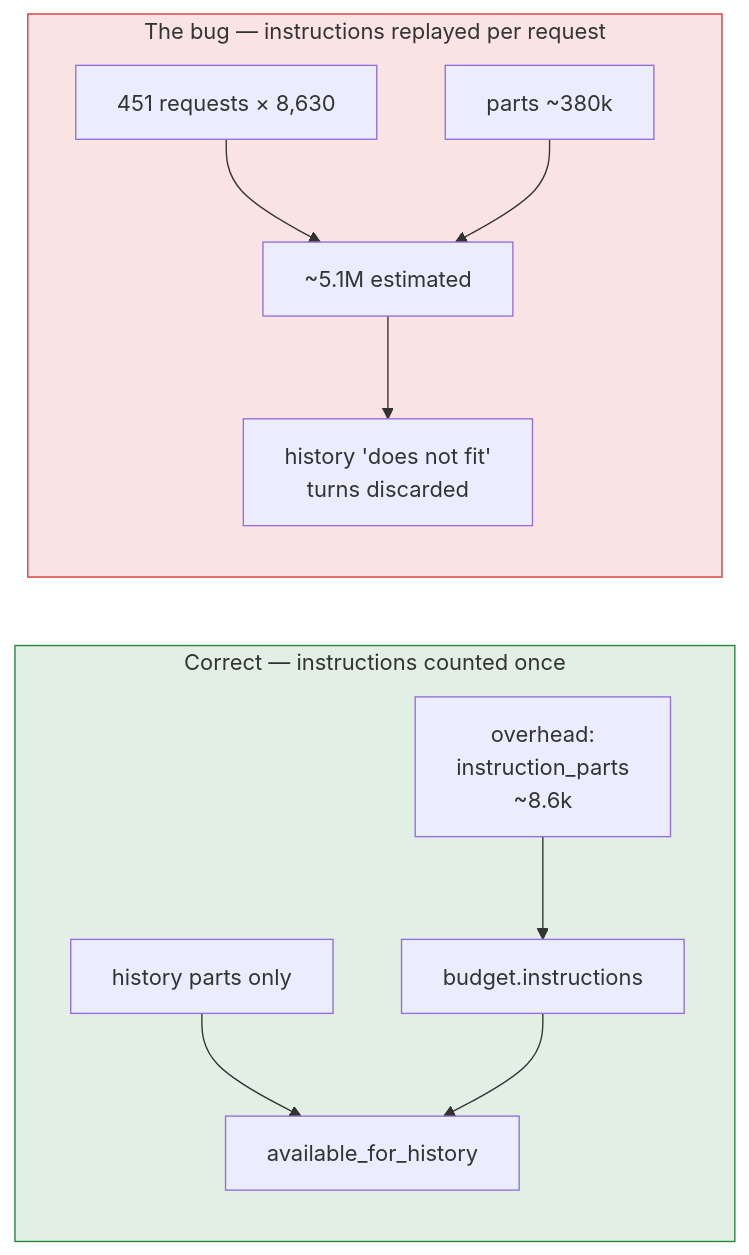
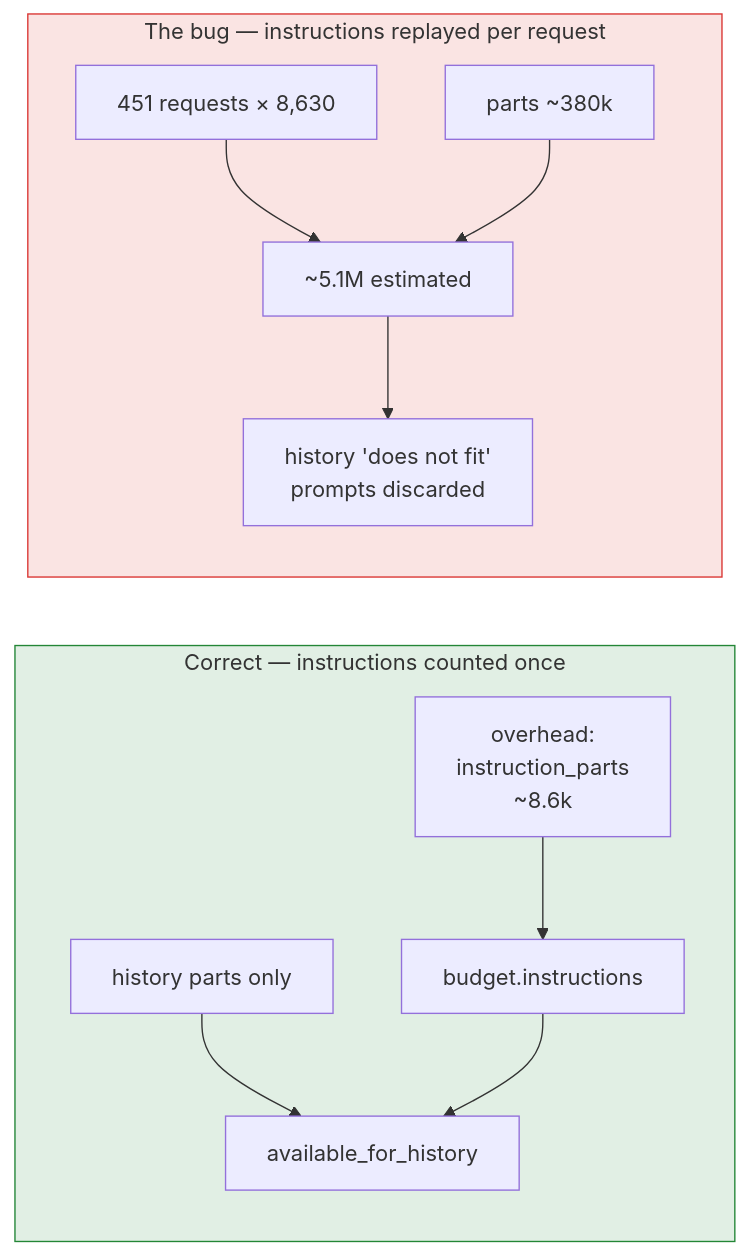
The seventh of 16 diagrams in docs/context.md (GabrielMartinMoran/sigil), drawn with Mermaid before and after one commit. The commit also changed other lines of this file and 59 other files, not shown here.

````diff
--- a/docs/context.md
+++ b/docs/context.md
@@ -266,17 +271,17 @@
 ```mermaid
 flowchart LR
     subgraph right["Correct — instructions counted once"]
         R1["overhead:<br/>instruction_parts<br/>~8.6k"] --> R2["budget.instructions"]
         R3["history parts only"] --> R4["available_for_history"]
         R2 --> R4
     end
 
     subgraph wrong["The bug — instructions replayed per request"]
         W1["451 requests × 8,630"] --> W2["~5.1M estimated"]
         W3["parts ~380k"] --> W2
-        W2 --> W4["history 'does not fit'<br/>turns discarded"]
+        W2 --> W4["history 'does not fit'<br/>prompts discarded"]
     end
 
     style wrong fill:#da363322,stroke:#da3633
     style right fill:#23863622,stroke:#238636
 ```
````
